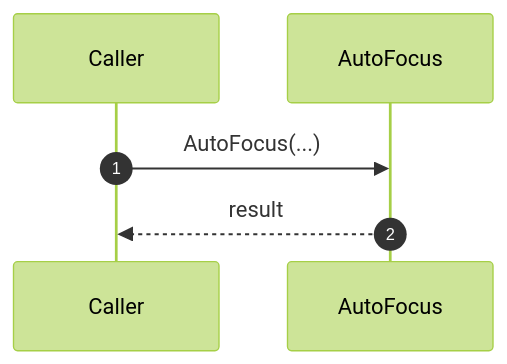
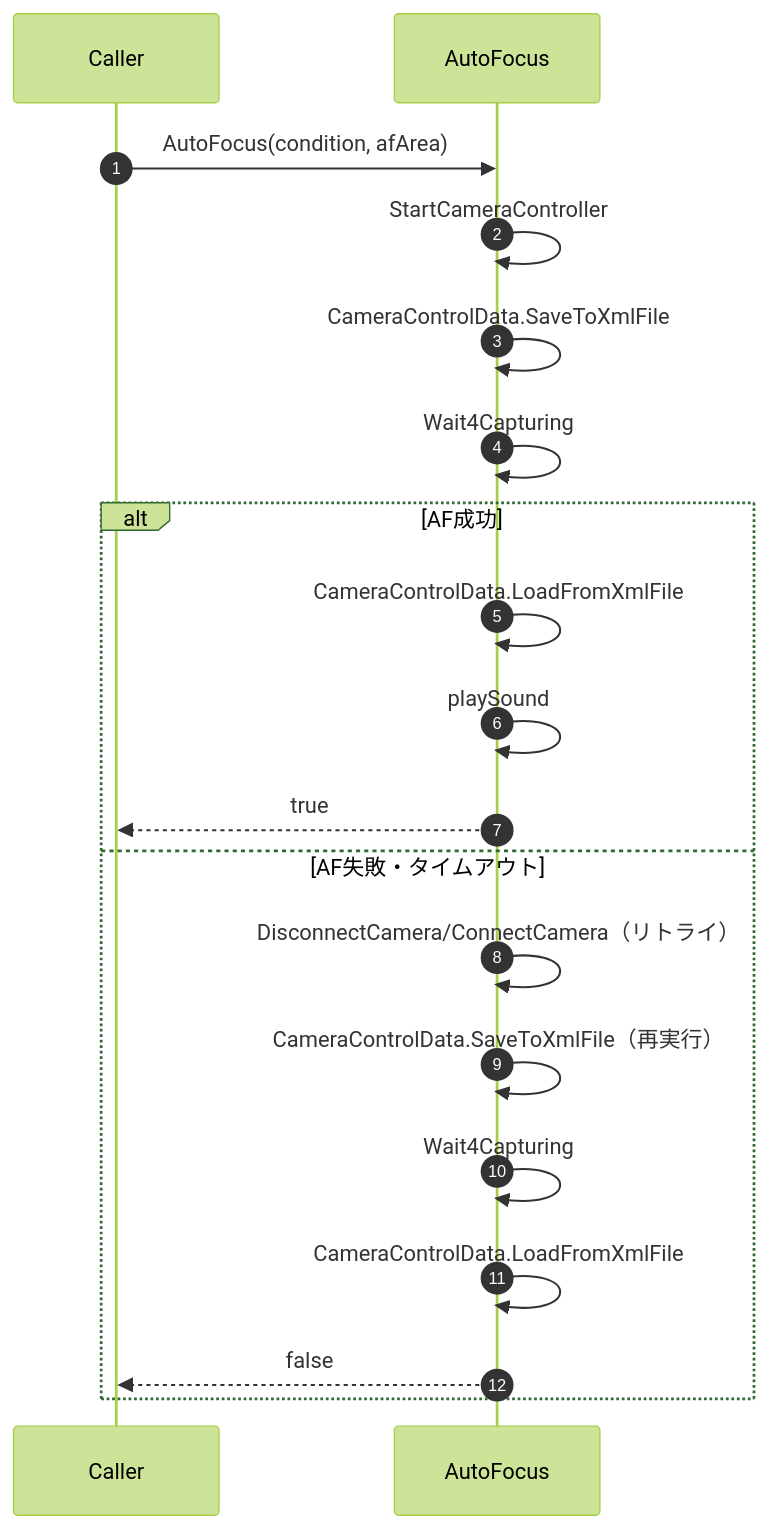
Before and after one commit to HottaTakayuki/ColorAlignmentSoftware: the second of 21 diagrams in docs/UfCamera_詳細設計書/08_メソッド仕様/08-5_連携モジュールメソッド/08-5-3_計測_表示_入出力連携.md, drawn with Mermaid (forest theme). The commit also changed other lines of this file and 30 other files, not shown here.

````diff
--- a/docs/UfCamera_詳細設計書/08_メソッド仕様/08-5_連携モジュールメソッド/08-5-3_計測_表示_入出力連携.md
+++ b/docs/UfCamera_詳細設計書/08_メソッド仕様/08-5_連携モジュールメソッド/08-5-3_計測_表示_入出力連携.md
@@ -116,9 +121,22 @@
 ```mermaid
 sequenceDiagram
     autonumber
     participant CALLER as Caller
     participant M as AutoFocus
 
-    CALLER->>M: AutoFocus(...)
-    M-->>CALLER: result
+    CALLER->>M: AutoFocus(condition, afArea)
+    M->>M: StartCameraController
+    M->>M: CameraControlData.SaveToXmlFile
+    M->>M: Wait4Capturing
+    alt AF成功
+        M->>M: CameraControlData.LoadFromXmlFile
+        M->>M: playSound
+        M-->>CALLER: true
+    else AF失敗・タイムアウト
+        M->>M: DisconnectCamera/ConnectCamera（リトライ）
+        M->>M: CameraControlData.SaveToXmlFile（再実行）
+        M->>M: Wait4Capturing
+        M->>M: CameraControlData.LoadFromXmlFile
+        M-->>CALLER: false
+    end
 ```
````
